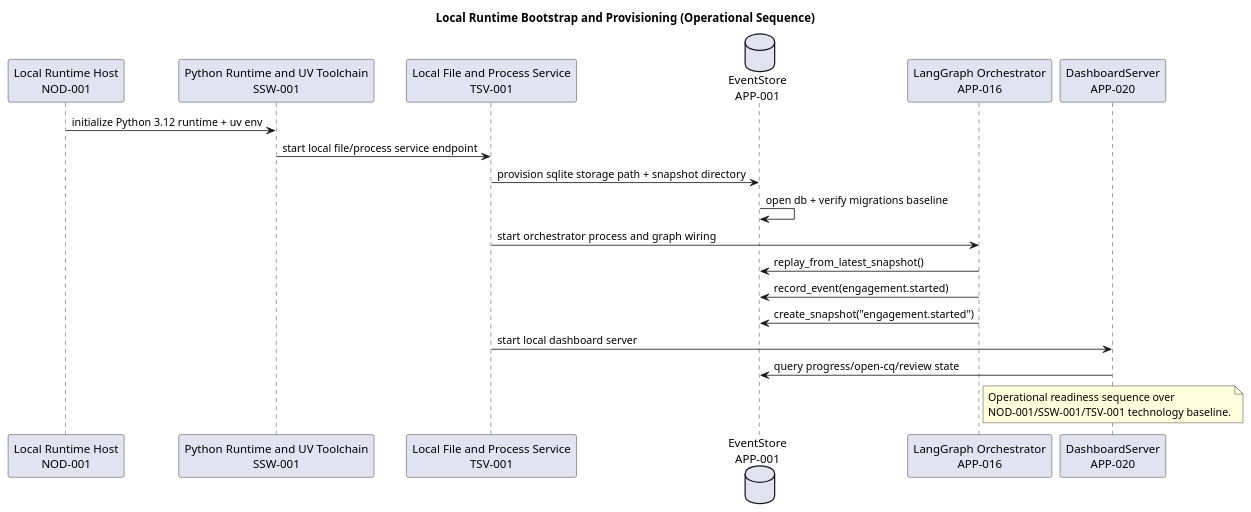
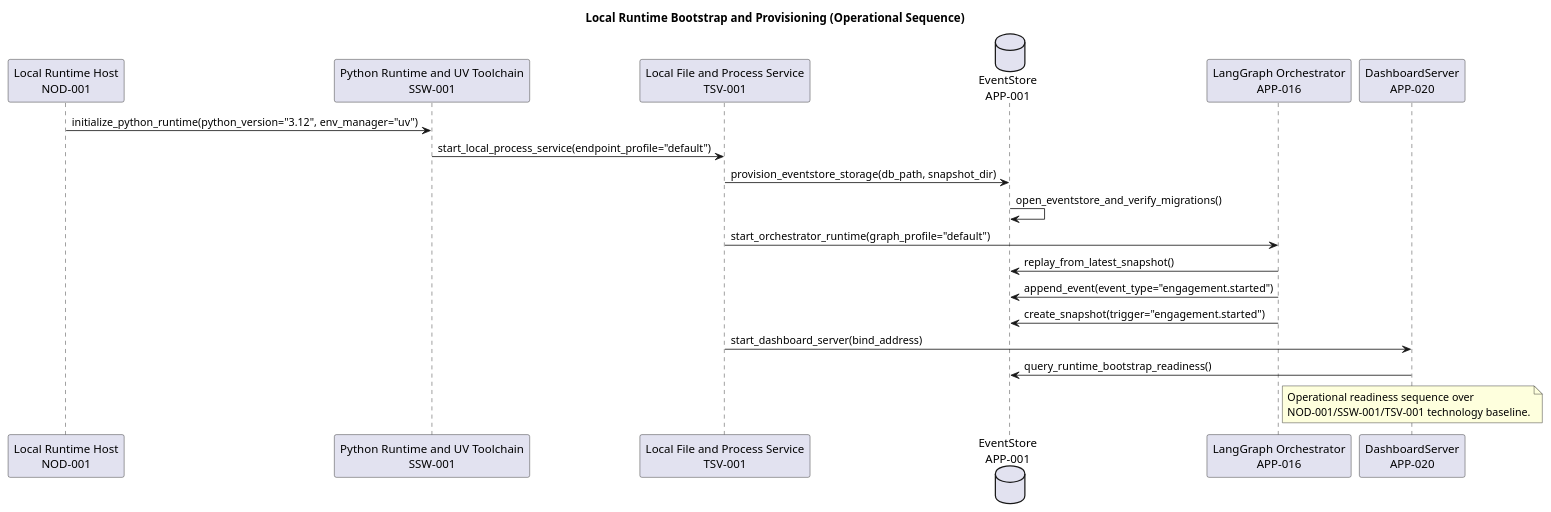
Before and after one commit to mbauer83/sdlc-multi-agent-system: the diagram in engagements/ENG-001/work-repositories/architecture-repository/diagram-catalog/diagrams/technology-sequence-runtime-bootstrap-provisioning-v1.puml, drawn with PlantUML. The commit also changed 38 other files, not shown here.

```diff
--- a/engagements/ENG-001/work-repositories/architecture-repository/diagram-catalog/diagrams/technology-sequence-runtime-bootstrap-provisioning-v1.puml
+++ b/engagements/ENG-001/work-repositories/architecture-repository/diagram-catalog/diagrams/technology-sequence-runtime-bootstrap-provisioning-v1.puml
@@ -22,26 +22,26 @@
 @startuml technology-sequence-runtime-bootstrap-provisioning-v1
 title Local Runtime Bootstrap and Provisioning (Operational Sequence)
 
 participant "Local Runtime Host\nNOD-001" as NOD_001
 participant "Python Runtime and UV Toolchain\nSSW-001" as SSW_001
 participant "Local File and Process Service\nTSV-001" as TSV_001
 database "EventStore\nAPP-001" as APP_001
 participant "LangGraph Orchestrator\nAPP-016" as APP_016
 participant "DashboardServer\nAPP-020" as APP_020
 
-NOD_001 -> SSW_001: initialize Python 3.12 runtime + uv env
-SSW_001 -> TSV_001: start local file/process service endpoint
-TSV_001 -> APP_001: provision sqlite storage path + snapshot directory
-APP_001 -> APP_001: open db + verify migrations baseline
-TSV_001 -> APP_016: start orchestrator process and graph wiring
+NOD_001 -> SSW_001: initialize_python_runtime(python_version="3.12", env_manager="uv")
+SSW_001 -> TSV_001: start_local_process_service(endpoint_profile="default")
+TSV_001 -> APP_001: provision_eventstore_storage(db_path, snapshot_dir)
+APP_001 -> APP_001: open_eventstore_and_verify_migrations()
+TSV_001 -> APP_016: start_orchestrator_runtime(graph_profile="default")
 APP_016 -> APP_001: replay_from_latest_snapshot()
-APP_016 -> APP_001: record_event(engagement.started)
-APP_016 -> APP_001: create_snapshot("engagement.started")
-TSV_001 -> APP_020: start local dashboard server
-APP_020 -> APP_001: query progress/open-cq/review state
+APP_016 -> APP_001: append_event(event_type="engagement.started")
+APP_016 -> APP_001: create_snapshot(trigger="engagement.started")
+TSV_001 -> APP_020: start_dashboard_server(bind_address)
+APP_020 -> APP_001: query_runtime_bootstrap_readiness()
 
 note right of APP_016
 Operational readiness sequence over
 NOD-001/SSW-001/TSV-001 technology baseline.
 end note
 @enduml
```
